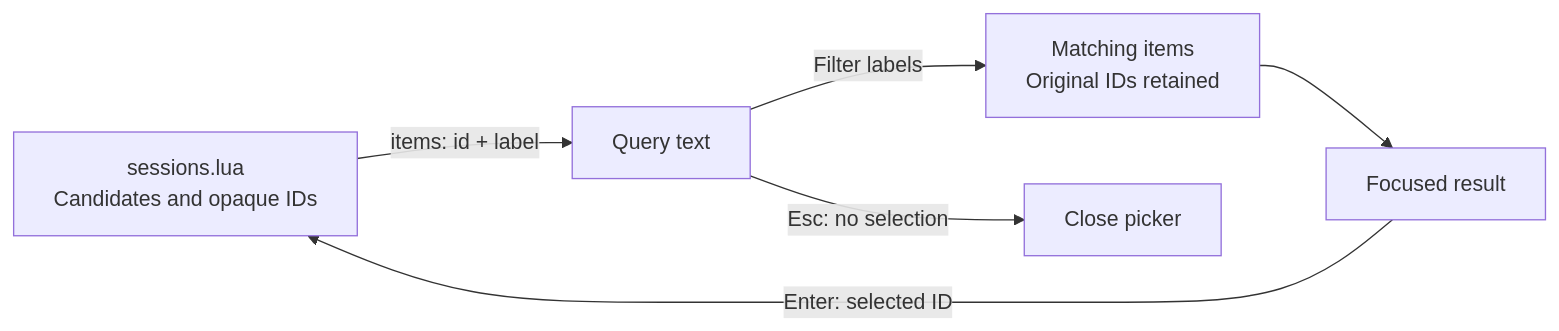
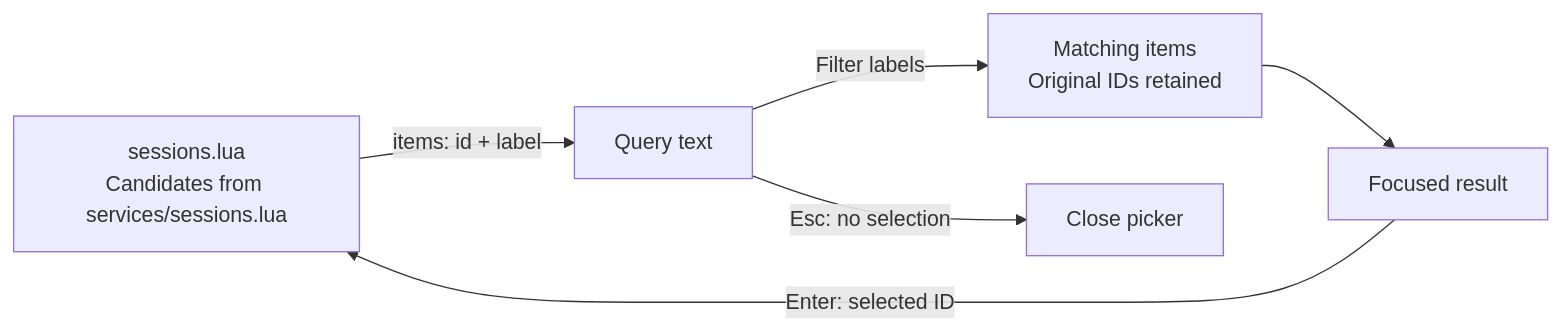
The second of 2 diagrams in docs/architecture/lgtm.nvim/ui/search.md (difflab-io/lgtm), drawn with Mermaid before and after one commit. The commit also changed 55 other files, not shown here.

````diff
--- a/docs/architecture/lgtm.nvim/ui/search.md
+++ b/docs/architecture/lgtm.nvim/ui/search.md
@@ -101,8 +101,8 @@
 ```mermaid
 flowchart LR
-  Controller["sessions.lua<br/>Candidates and opaque IDs"] -->|"items: id + label"| Query["Query text"]
+  Controller["sessions.lua<br/>Candidates from services/sessions.lua"] -->|"items: id + label"| Query["Query text"]
   Query -->|"Filter labels"| Matches["Matching items<br/>Original IDs retained"]
   Matches --> Highlight["Focused result"]
   Highlight -->|"Enter: selected ID"| Controller
   Query -->|"Esc: no selection"| Close["Close picker"]
 ```
````
